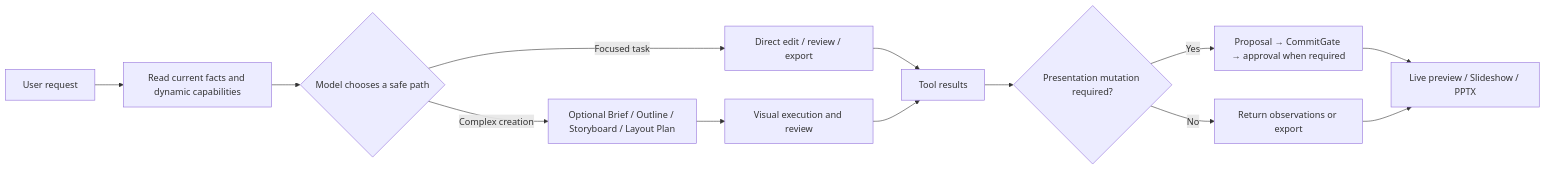
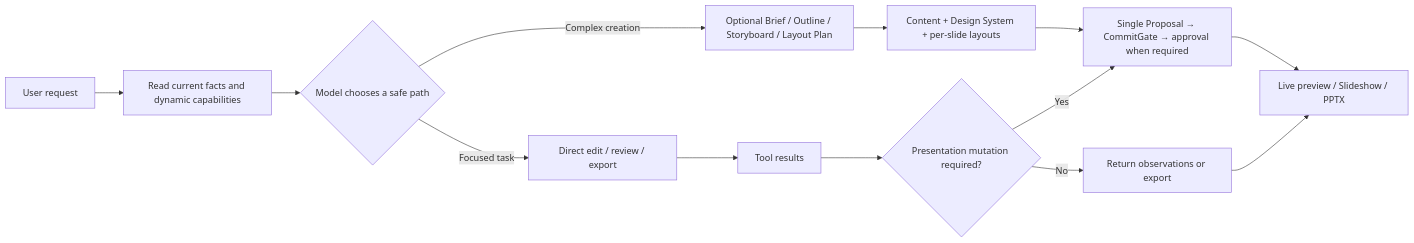
One commit to putl-dream/ppt changed the first of 2 diagrams in README.en.md. Above: the diagram before and after it, drawn with Mermaid. The commit also changed other lines of this file and 5 other files, not shown here.

First line of the commit message:
docs(readme): 更新文档并添加应用截图

````diff
--- a/README.en.md
+++ b/README.en.md
@@ -40,15 +57,15 @@
 ```mermaid
 flowchart LR
   A["User request"] --> B["Read current facts and dynamic capabilities"]
   B --> C{"Model chooses a safe path"}
   C -->|Complex creation| D["Optional Brief / Outline / Storyboard / Layout Plan"]
   C -->|Focused task| E["Direct edit / review / export"]
-  D --> F["Visual execution and review"]
+  D --> F["Content + Design System + per-slide layouts"]
   E --> G["Tool results"]
-  F --> G
+  F --> I["Single Proposal → CommitGate → approval when required"]
   G --> H{"Presentation mutation required?"}
-  H -->|Yes| I["Proposal → CommitGate → approval when required"]
+  H -->|Yes| I
   H -->|No| J["Return observations or export"]
   I --> K["Live preview / Slideshow / PPTX"]
   J --> K
 ```
````
